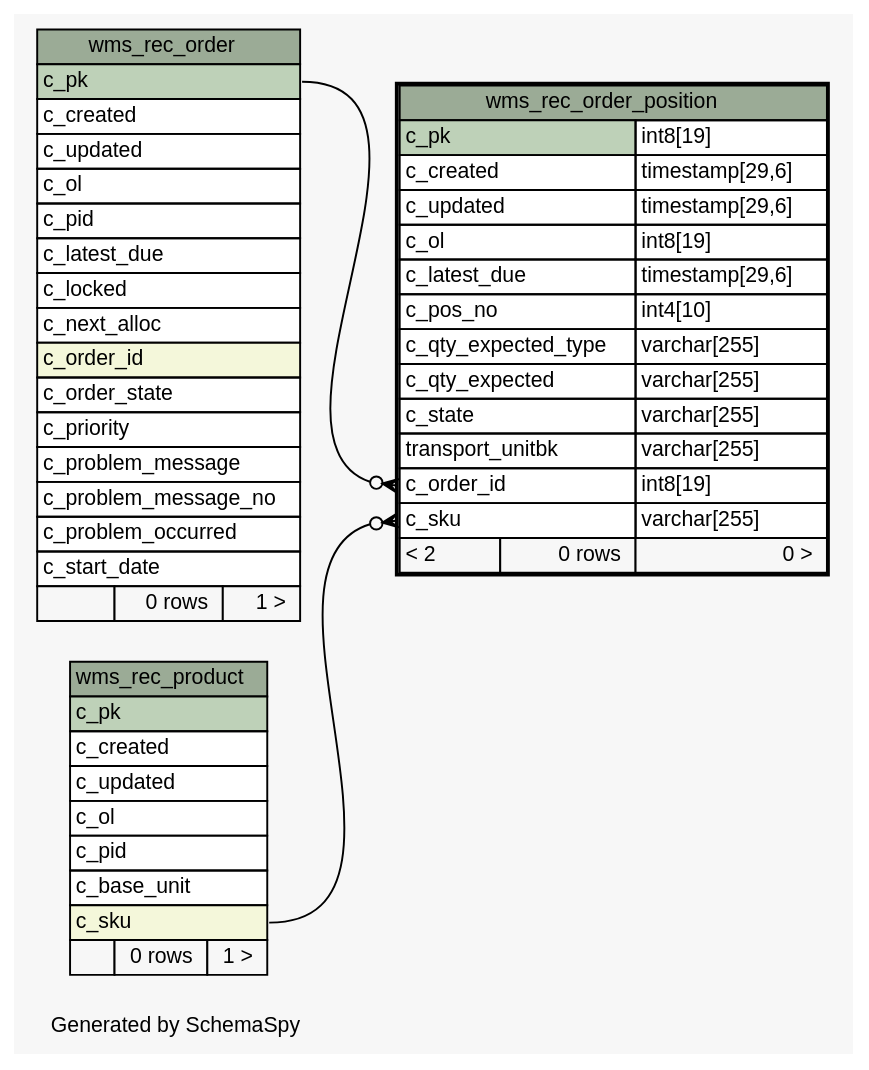
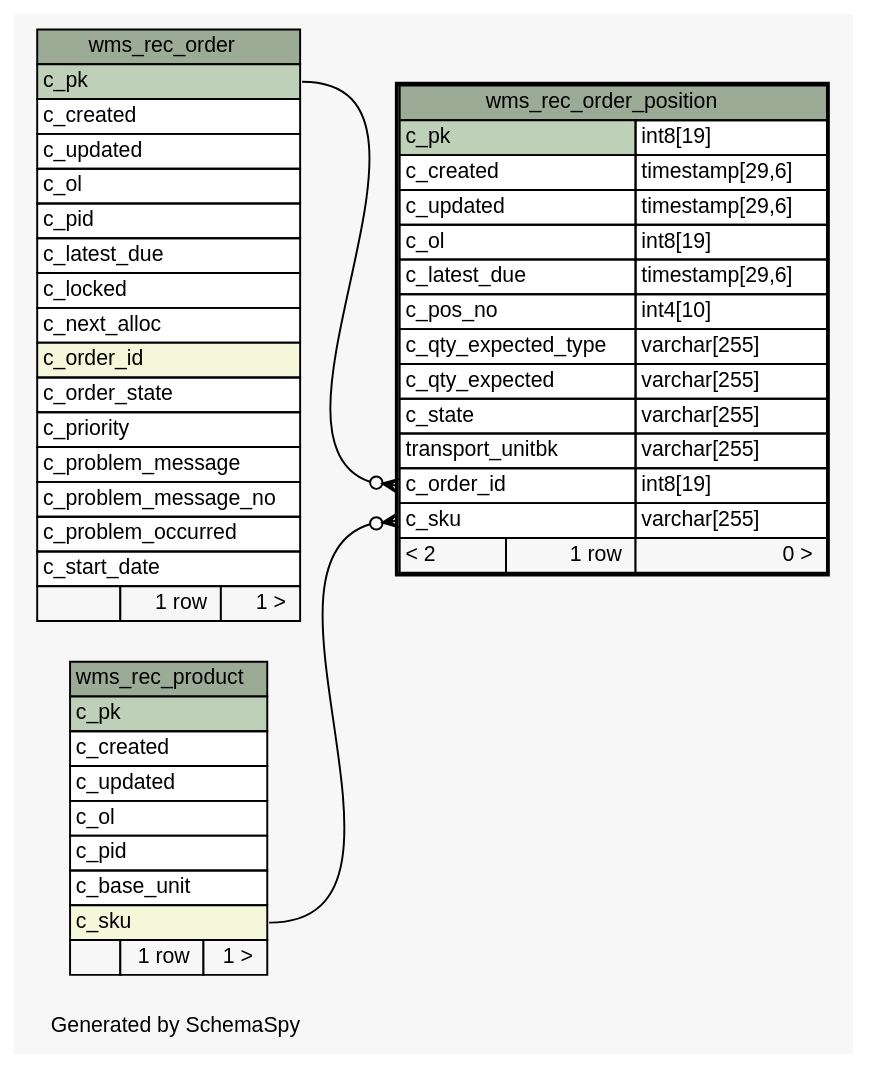
Before and after one commit to openwms/org.openwms.wms.receiving.lib: the diagram in schemaspy/diagrams/wms_rec_order_position.1degree.dot, drawn with Graphviz. The commit also changed 200 other files, not shown here.

```diff
--- a/schemaspy/diagrams/wms_rec_order_position.1degree.dot
+++ b/schemaspy/diagrams/wms_rec_order_position.1degree.dot
@@ -1,85 +1,85 @@
 // dot 2.36.0 on Linux 4.4.0-101-generic
 // SchemaSpy rev Unknown
 digraph "oneDegreeRelationshipsDiagram" {
   graph [
     rankdir="RL"
     bgcolor="#f7f7f7"
     label="\nGenerated by SchemaSpy"
     labeljust="l"
     nodesep="0.18"
     ranksep="0.46"
     fontname="Helvetica"
     fontsize="11"
   ];
   node [
     fontname="Helvetica"
     fontsize="11"
     shape="plaintext"
   ];
   edge [
     arrowsize="0.8"
   ];
   "wms_rec_order_position":"c_order_id":w -> "wms_rec_order":"c_pk":e [arrowhead=none dir=back arrowtail=crowodot];
   "wms_rec_order_position":"c_sku":w -> "wms_rec_product":"c_sku":e [arrowhead=none dir=back arrowtail=crowodot];
   "wms_rec_order" [
     label=<
     <TABLE BORDER="0" CELLBORDER="1" CELLSPACING="0" BGCOLOR="#ffffff">
       <TR><TD COLSPAN="3" BGCOLOR="#9bab96" ALIGN="CENTER">wms_rec_order</TD></TR>
       <TR><TD PORT="c_pk" COLSPAN="3" BGCOLOR="#bed1b8" ALIGN="LEFT">c_pk</TD></TR>
       <TR><TD PORT="c_created" COLSPAN="3" ALIGN="LEFT">c_created</TD></TR>
       <TR><TD PORT="c_updated" COLSPAN="3" ALIGN="LEFT">c_updated</TD></TR>
       <TR><TD PORT="c_ol" COLSPAN="3" ALIGN="LEFT">c_ol</TD></TR>
       <TR><TD PORT="c_pid" COLSPAN="3" ALIGN="LEFT">c_pid</TD></TR>
       <TR><TD PORT="c_latest_due" COLSPAN="3" ALIGN="LEFT">c_latest_due</TD></TR>
       <TR><TD PORT="c_locked" COLSPAN="3" ALIGN="LEFT">c_locked</TD></TR>
       <TR><TD PORT="c_next_alloc" COLSPAN="3" ALIGN="LEFT">c_next_alloc</TD></TR>
       <TR><TD PORT="c_order_id" COLSPAN="3" BGCOLOR="#f4f7da" ALIGN="LEFT">c_order_id</TD></TR>
       <TR><TD PORT="c_order_state" COLSPAN="3" ALIGN="LEFT">c_order_state</TD></TR>
       <TR><TD PORT="c_priority" COLSPAN="3" ALIGN="LEFT">c_priority</TD></TR>
       <TR><TD PORT="c_problem_message" COLSPAN="3" ALIGN="LEFT">c_problem_message</TD></TR>
       <TR><TD PORT="c_problem_message_no" COLSPAN="3" ALIGN="LEFT">c_problem_message_no</TD></TR>
       <TR><TD PORT="c_problem_occurred" COLSPAN="3" ALIGN="LEFT">c_problem_occurred</TD></TR>
       <TR><TD PORT="c_start_date" COLSPAN="3" ALIGN="LEFT">c_start_date</TD></TR>
-      <TR><TD ALIGN="LEFT" BGCOLOR="#f7f7f7">  </TD><TD ALIGN="RIGHT" BGCOLOR="#f7f7f7">0 rows</TD><TD ALIGN="RIGHT" BGCOLOR="#f7f7f7">1 &gt;</TD></TR>
+      <TR><TD ALIGN="LEFT" BGCOLOR="#f7f7f7">  </TD><TD ALIGN="RIGHT" BGCOLOR="#f7f7f7">1 row</TD><TD ALIGN="RIGHT" BGCOLOR="#f7f7f7">1 &gt;</TD></TR>
     </TABLE>>
     URL="wms_rec_order.html"
     tooltip="wms_rec_order"
   ];
   "wms_rec_order_position" [
     label=<
     <TABLE BORDER="2" CELLBORDER="1" CELLSPACING="0" BGCOLOR="#ffffff">
       <TR><TD COLSPAN="3" BGCOLOR="#9bab96" ALIGN="CENTER">wms_rec_order_position</TD></TR>
       <TR><TD PORT="c_pk" COLSPAN="2" BGCOLOR="#bed1b8" ALIGN="LEFT">c_pk</TD><TD PORT="c_pk.type" ALIGN="LEFT">int8[19]</TD></TR>
       <TR><TD PORT="c_created" COLSPAN="2" ALIGN="LEFT">c_created</TD><TD PORT="c_created.type" ALIGN="LEFT">timestamp[29,6]</TD></TR>
       <TR><TD PORT="c_updated" COLSPAN="2" ALIGN="LEFT">c_updated</TD><TD PORT="c_updated.type" ALIGN="LEFT">timestamp[29,6]</TD></TR>
       <TR><TD PORT="c_ol" COLSPAN="2" ALIGN="LEFT">c_ol</TD><TD PORT="c_ol.type" ALIGN="LEFT">int8[19]</TD></TR>
       <TR><TD PORT="c_latest_due" COLSPAN="2" ALIGN="LEFT">c_latest_due</TD><TD PORT="c_latest_due.type" ALIGN="LEFT">timestamp[29,6]</TD></TR>
       <TR><TD PORT="c_pos_no" COLSPAN="2" ALIGN="LEFT">c_pos_no</TD><TD PORT="c_pos_no.type" ALIGN="LEFT">int4[10]</TD></TR>
       <TR><TD PORT="c_qty_expected_type" COLSPAN="2" ALIGN="LEFT">c_qty_expected_type</TD><TD PORT="c_qty_expected_type.type" ALIGN="LEFT">varchar[255]</TD></TR>
       <TR><TD PORT="c_qty_expected" COLSPAN="2" ALIGN="LEFT">c_qty_expected</TD><TD PORT="c_qty_expected.type" ALIGN="LEFT">varchar[255]</TD></TR>
       <TR><TD PORT="c_state" COLSPAN="2" ALIGN="LEFT">c_state</TD><TD PORT="c_state.type" ALIGN="LEFT">varchar[255]</TD></TR>
       <TR><TD PORT="transport_unitbk" COLSPAN="2" ALIGN="LEFT">transport_unitbk</TD><TD PORT="transport_unitbk.type" ALIGN="LEFT">varchar[255]</TD></TR>
       <TR><TD PORT="c_order_id" COLSPAN="2" ALIGN="LEFT">c_order_id</TD><TD PORT="c_order_id.type" ALIGN="LEFT">int8[19]</TD></TR>
       <TR><TD PORT="c_sku" COLSPAN="2" ALIGN="LEFT">c_sku</TD><TD PORT="c_sku.type" ALIGN="LEFT">varchar[255]</TD></TR>
-      <TR><TD ALIGN="LEFT" BGCOLOR="#f7f7f7">&lt; 2</TD><TD ALIGN="RIGHT" BGCOLOR="#f7f7f7">0 rows</TD><TD ALIGN="RIGHT" BGCOLOR="#f7f7f7">0 &gt;</TD></TR>
+      <TR><TD ALIGN="LEFT" BGCOLOR="#f7f7f7">&lt; 2</TD><TD ALIGN="RIGHT" BGCOLOR="#f7f7f7">1 row</TD><TD ALIGN="RIGHT" BGCOLOR="#f7f7f7">0 &gt;</TD></TR>
     </TABLE>>
     URL="wms_rec_order_position.html"
     tooltip="wms_rec_order_position"
   ];
   "wms_rec_product" [
     label=<
     <TABLE BORDER="0" CELLBORDER="1" CELLSPACING="0" BGCOLOR="#ffffff">
       <TR><TD COLSPAN="3" BGCOLOR="#9bab96" ALIGN="CENTER">wms_rec_product</TD></TR>
       <TR><TD PORT="c_pk" COLSPAN="3" BGCOLOR="#bed1b8" ALIGN="LEFT">c_pk</TD></TR>
       <TR><TD PORT="c_created" COLSPAN="3" ALIGN="LEFT">c_created</TD></TR>
       <TR><TD PORT="c_updated" COLSPAN="3" ALIGN="LEFT">c_updated</TD></TR>
       <TR><TD PORT="c_ol" COLSPAN="3" ALIGN="LEFT">c_ol</TD></TR>
       <TR><TD PORT="c_pid" COLSPAN="3" ALIGN="LEFT">c_pid</TD></TR>
       <TR><TD PORT="c_base_unit" COLSPAN="3" ALIGN="LEFT">c_base_unit</TD></TR>
       <TR><TD PORT="c_sku" COLSPAN="3" BGCOLOR="#f4f7da" ALIGN="LEFT">c_sku</TD></TR>
-      <TR><TD ALIGN="LEFT" BGCOLOR="#f7f7f7">  </TD><TD ALIGN="RIGHT" BGCOLOR="#f7f7f7">0 rows</TD><TD ALIGN="RIGHT" BGCOLOR="#f7f7f7">1 &gt;</TD></TR>
+      <TR><TD ALIGN="LEFT" BGCOLOR="#f7f7f7">  </TD><TD ALIGN="RIGHT" BGCOLOR="#f7f7f7">1 row</TD><TD ALIGN="RIGHT" BGCOLOR="#f7f7f7">1 &gt;</TD></TR>
     </TABLE>>
     URL="wms_rec_product.html"
     tooltip="wms_rec_product"
   ];
 }
```
